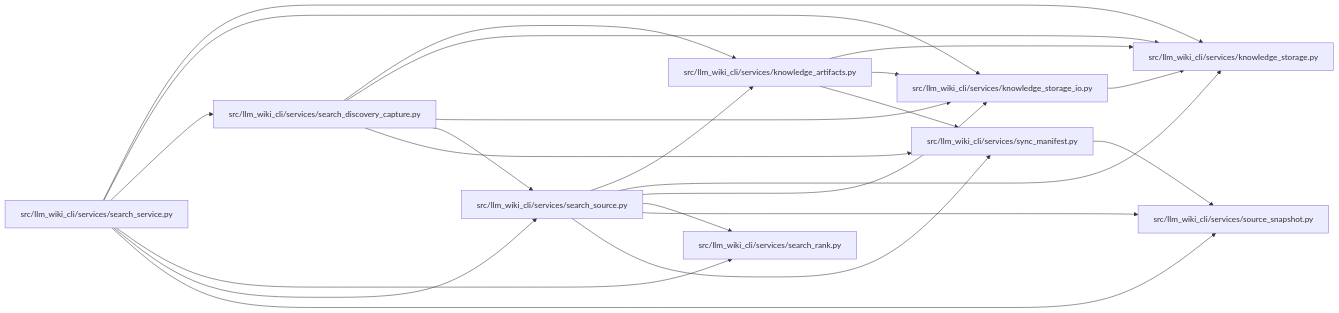
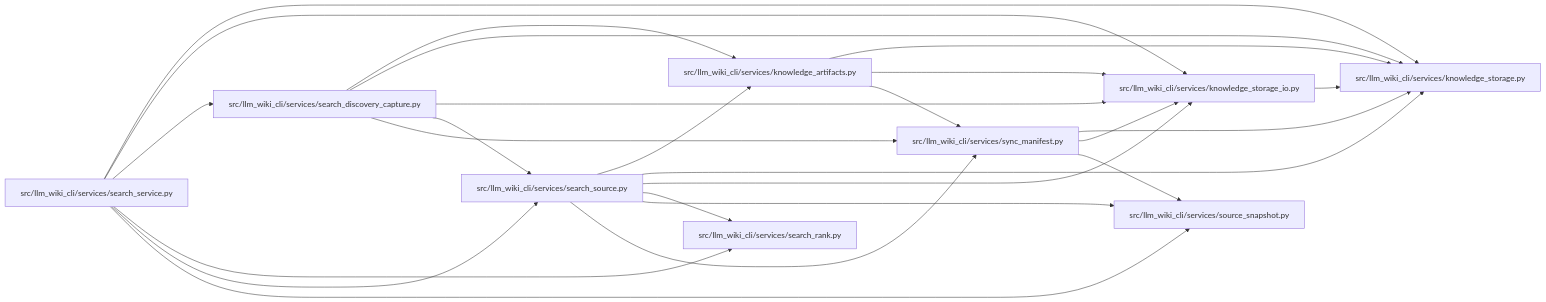
One commit to Denissvgn/python-wiki-llm changed the diagram in docs/llm_wiki/modules/search_source.md. Above: the diagram before and after it, drawn with Mermaid. The commit also changed 631 other files, not shown here.

````diff
--- a/docs/llm_wiki/modules/search_source.md
+++ b/docs/llm_wiki/modules/search_source.md
@@ -28,43 +28,45 @@
 ```mermaid
 flowchart LR
     n0["src/llm_wiki_cli/services/knowledge_artifacts.py"]
     n1["src/llm_wiki_cli/services/knowledge_storage.py"]
     n2["src/llm_wiki_cli/services/knowledge_storage_io.py"]
     n3["src/llm_wiki_cli/services/search_discovery_capture.py"]
     n4["src/llm_wiki_cli/services/search_rank.py"]
     n5["src/llm_wiki_cli/services/search_service.py"]
     n6["src/llm_wiki_cli/services/search_source.py"]
     n7["src/llm_wiki_cli/services/source_snapshot.py"]
     n8["src/llm_wiki_cli/services/sync_manifest.py"]
     n0 --> n1
     n0 --> n2
     n0 --> n8
     n2 --> n1
     n3 --> n0
     n3 --> n1
     n3 --> n2
     n3 --> n6
     n3 --> n8
     n5 --> n1
     n5 --> n2
     n5 --> n3
     n5 --> n4
     n5 --> n6
     n5 --> n7
     n6 --> n0
     n6 --> n1
     n6 --> n2
     n6 --> n4
     n6 --> n7
     n6 --> n8
+    n8 --> n1
+    n8 --> n2
     n8 --> n7
     click n0 "../modules/knowledge_artifacts.md"
     click n1 "../modules/knowledge_storage.md"
     click n2 "../modules/knowledge_storage_io.md"
     click n3 "../modules/search_discovery_capture.md"
     click n4 "../modules/search_rank.md"
     click n5 "../modules/search_service.md"
     click n6 "../modules/search_source.md"
     click n7 "../modules/source_snapshot.md"
     click n8 "../modules/sync_manifest.md"
 ```
````
